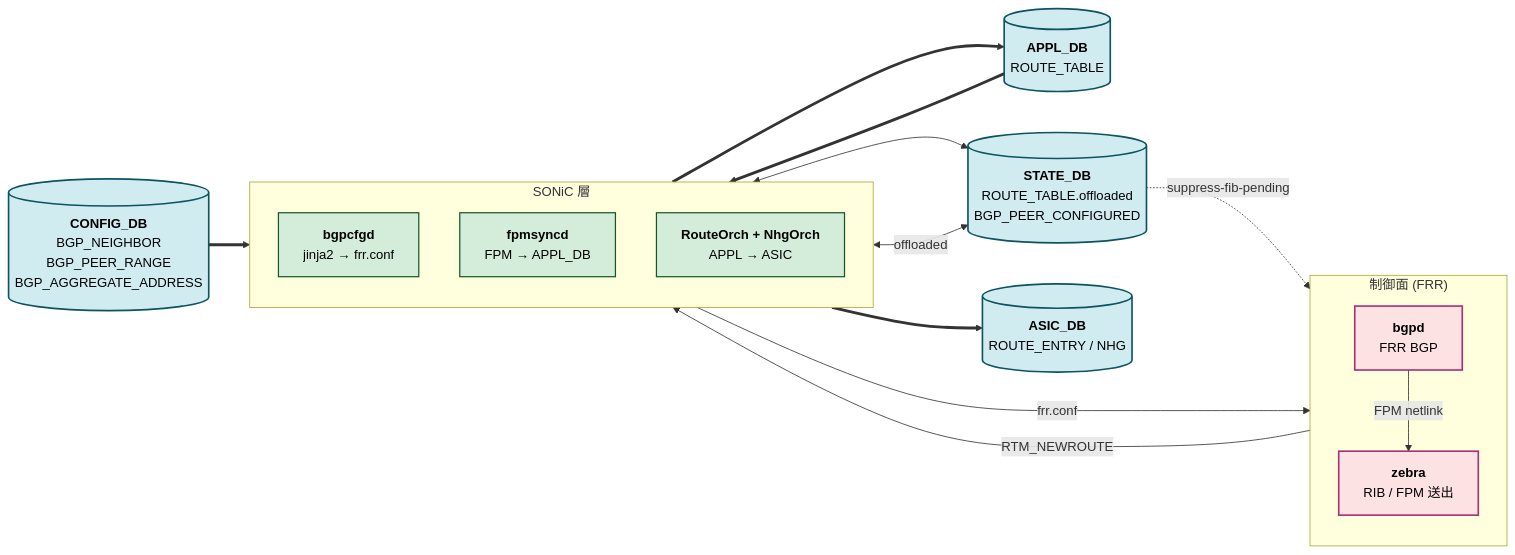
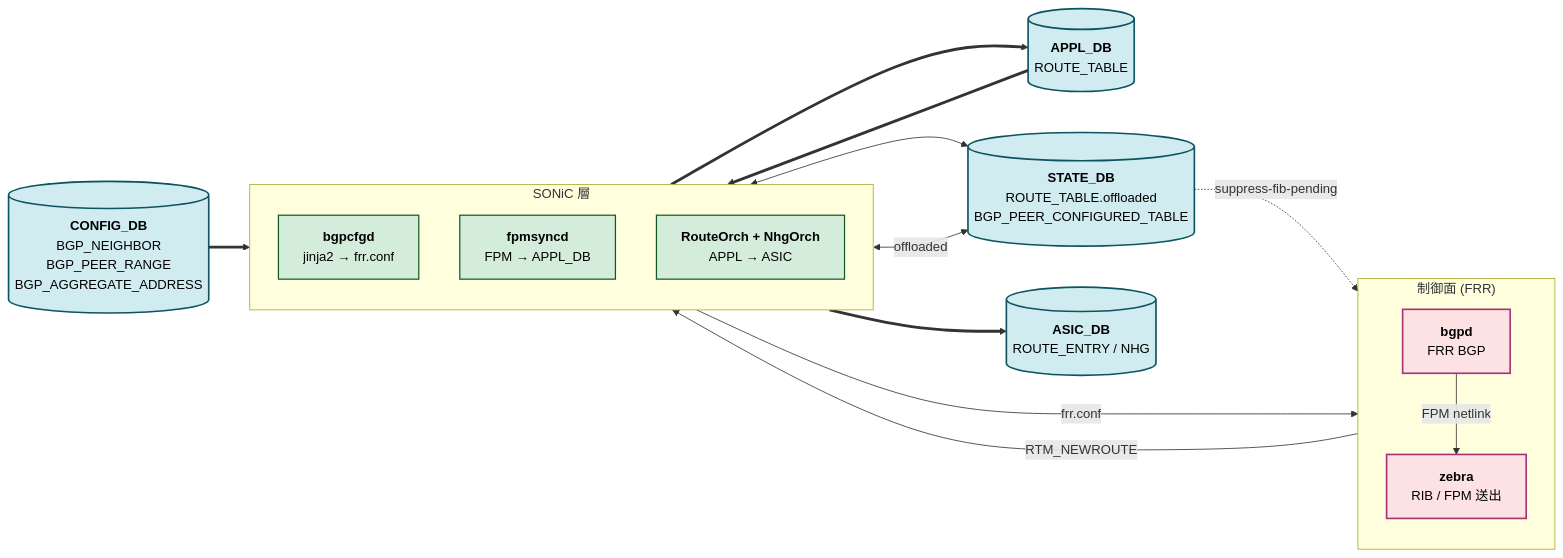
One commit to aoki-taquan/sonic-unofficial-docs changed the diagram in docs/topics/02-bgp/internals.md. Above: the diagram before and after it, drawn with Mermaid. The commit also changed 21 other files, not shown here.

````diff
--- a/docs/topics/02-bgp/internals.md
+++ b/docs/topics/02-bgp/internals.md
@@ -48,35 +48,35 @@
 ```mermaid
 flowchart LR
   subgraph CTRL["制御面 (FRR)"]
     direction TB
     BGPD["<b>bgpd</b><br/>FRR BGP"]:::frr
     ZEBRA["<b>zebra</b><br/>RIB / FPM 送出"]:::frr
   end
 
   subgraph SONIC["SONiC 層"]
     direction TB
     BGPCFGD["<b>bgpcfgd</b><br/>jinja2 → frr.conf"]:::proc
     FPMSYNCD["<b>fpmsyncd</b><br/>FPM → APPL_DB"]:::proc
     ROUTEORCH["<b>RouteOrch + NhgOrch</b><br/>APPL → ASIC"]:::proc
   end
 
   CFG[("<b>CONFIG_DB</b><br/>BGP_NEIGHBOR<br/>BGP_PEER_RANGE<br/>BGP_AGGREGATE_ADDRESS")]:::db
   APPL[("<b>APPL_DB</b><br/>ROUTE_TABLE")]:::db
-  STATE[("<b>STATE_DB</b><br/>ROUTE_TABLE.offloaded<br/>BGP_PEER_CONFIGURED")]:::db
+  STATE[("<b>STATE_DB</b><br/>ROUTE_TABLE.offloaded<br/>BGP_PEER_CONFIGURED_TABLE")]:::db
   ASIC[("<b>ASIC_DB</b><br/>ROUTE_ENTRY / NHG")]:::db
 
   CFG ==> BGPCFGD
   BGPCFGD -->|frr.conf| BGPD
   BGPCFGD <--> STATE
   BGPD -->|FPM netlink| ZEBRA
   ZEBRA -->|RTM_NEWROUTE| FPMSYNCD
   FPMSYNCD ==> APPL
   APPL ==> ROUTEORCH
   ROUTEORCH ==> ASIC
   ROUTEORCH <-->|offloaded| STATE
   STATE -.->|suppress-fib-pending| BGPD
 
   classDef frr fill:#fde2e4,stroke:#a83279,stroke-width:2px,color:#000;
   classDef proc fill:#d4edda,stroke:#155724,stroke-width:1.5px,color:#000;
   classDef db fill:#d1ecf1,stroke:#0c5460,stroke-width:2px,color:#000;
 ```
````
